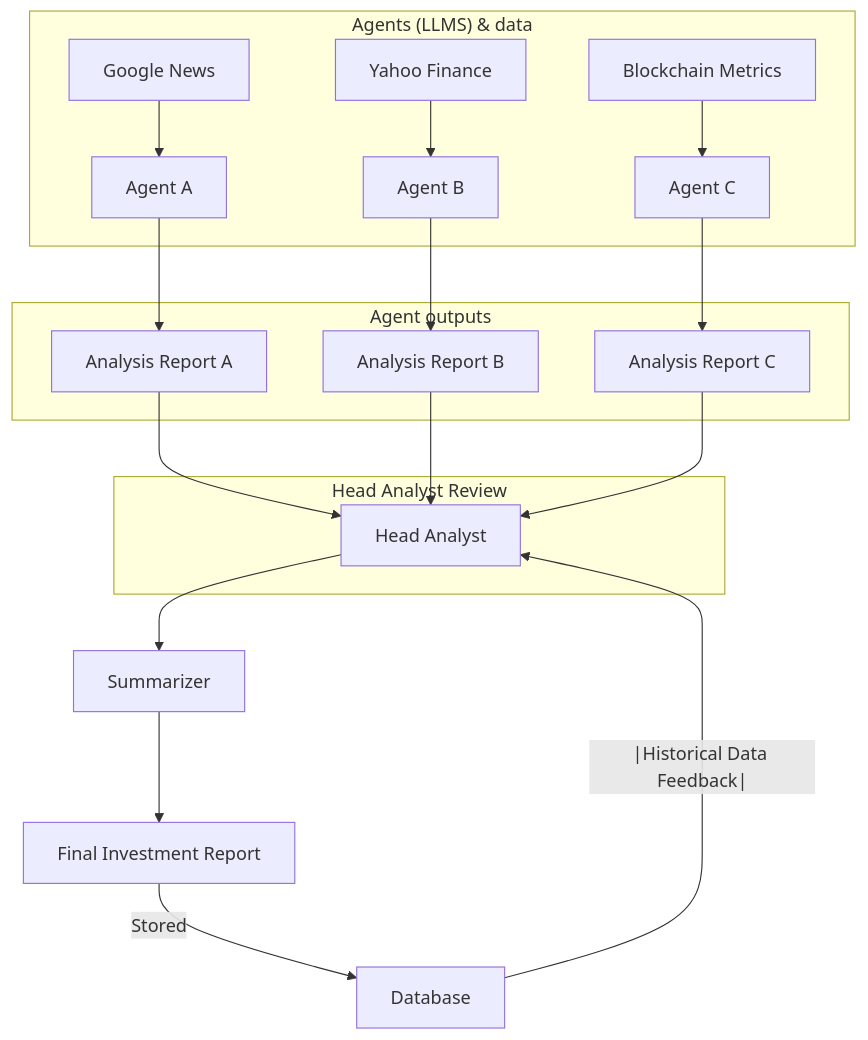
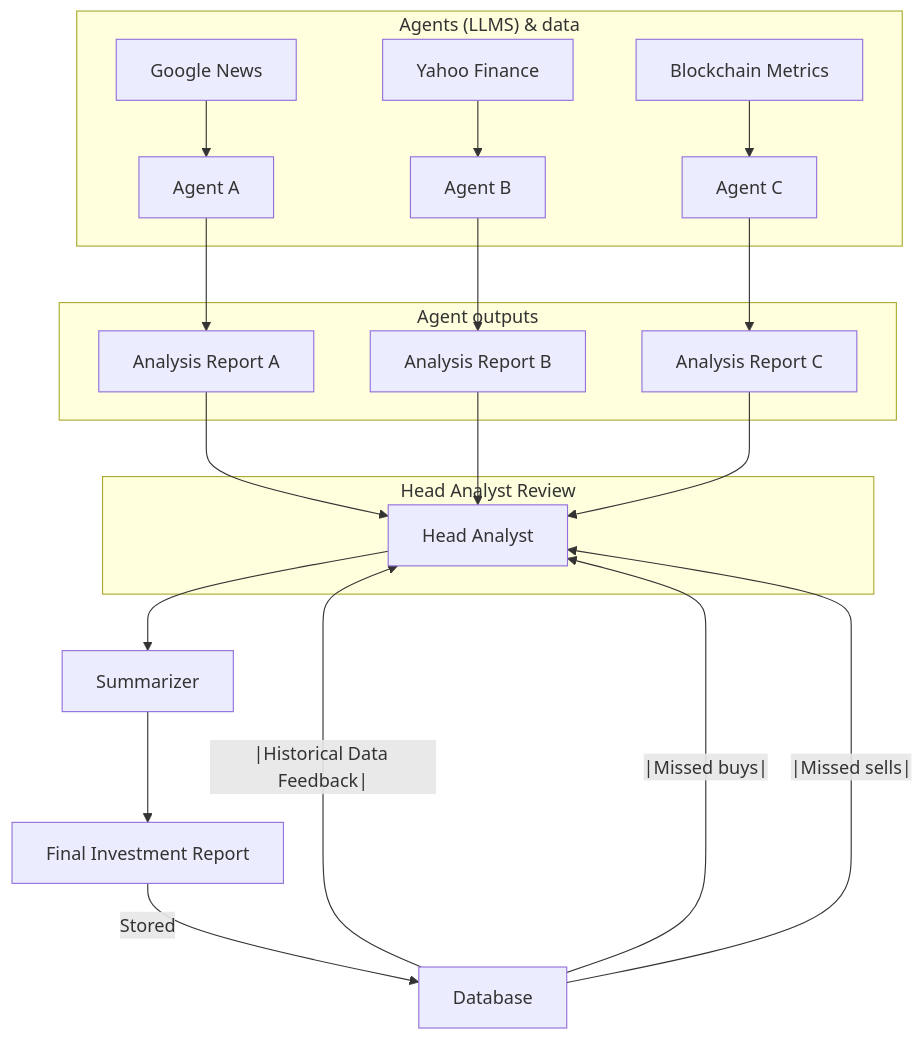
Before and after one commit to soerenml/agent: the diagram in readme.md, drawn with Mermaid. The commit also changed 10 other files, not shown here.

Commit message:
Updated reflection with missed buys and sells

````diff
--- a/readme.md
+++ b/readme.md
@@ -11,29 +11,31 @@
 ```mermaid
 graph TD;
 
     %% Data Sources
     subgraph "Agents (LLMS) & data"
         Google_News["Google News"] --> Agent_A["Agent A"]
         YFinance["Yahoo Finance"] --> Agent_B["Agent B"]
         Blockchain_metrics["Blockchain Metrics"] --> Agent_C["Agent C"]
     end
 
     %% Agents create reports
     subgraph "Agent outputs"
         Agent_A --> Report_A["Analysis Report A"]
         Agent_B --> Report_B["Analysis Report B"]
         Agent_C --> Report_C["Analysis Report C"]
     end
 
     %% Decision Making
     subgraph "Head Analyst Review"
         Report_A --> Head_Analyst["Head Analyst"]
         Report_B --> Head_Analyst
         Report_C --> Head_Analyst
     end
 
     %% Final Decision & Storage
     Head_Analyst --> Summarizer --> Final_report["Final Investment Report"]
     Final_report -->|Stored| Database["Database"]
     Database --|Historical Data Feedback|--> Head_Analyst
+    Database --|Missed buys|--> Head_Analyst
+    Database --|Missed sells|--> Head_Analyst
 ```
````
